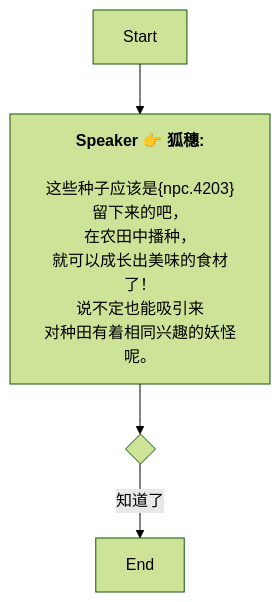
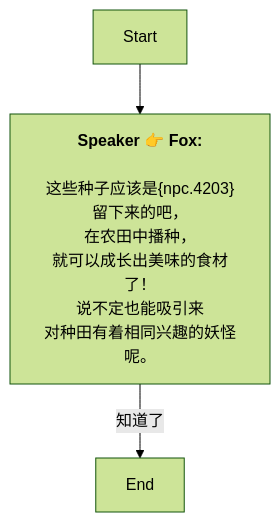
One commit to SoftHu/tos_avg changed the diagram in Zh/QuestStartTalkENode_1750222871049510.md. Above: the diagram before and after it, drawn with Mermaid (forest theme). The commit also changed 737 other files, not shown here.

````diff
--- a/Zh/QuestStartTalkENode_1750222871049510.md
+++ b/Zh/QuestStartTalkENode_1750222871049510.md
@@ -1,13 +1,10 @@
 ```mermaid
 graph
-Start -->1750223292097833[<b>Speaker 👉 狐穗:</b>
+Start -->1750223292097833[<b>Speaker 👉 Fox:</b>
+\n这些种子应该是&lbrace;npc.4203&rbrace;留下来的吧，
+在农田中播种，
+就可以成长出美味的食材了！\n说不定也能吸引来
+对种田有着相同兴趣的妖怪呢。]
+1750223292097833 -->|知道了|1750223591105838[End]
 
-这些种子应该是&lbrace;npc.4203&rbrace;留下来的吧，
-在农田中播种，
-就可以成长出美味的食材了！
-说不定也能吸引来
-对种田有着相同兴趣的妖怪呢。]
-1750223292097833 -->1750223577634091{ }
-1750223577634091 -->|知道了|1750223591105838[End]
-
- ```
+```
````
